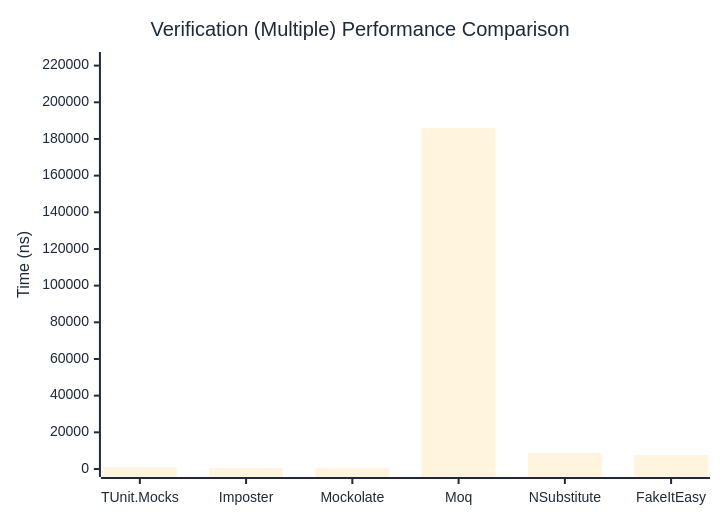
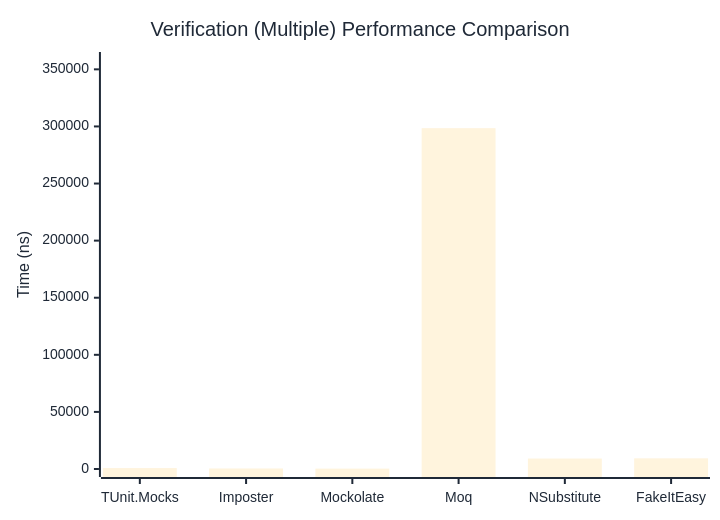
One commit to thomhurst/TUnit changed the third of 3 diagrams in docs/docs/benchmarks/mocks/Verification.md. Above: the diagram before and after it, drawn with Mermaid. The commit also changed other lines of this file and 14 other files, not shown here.

````diff
--- a/docs/docs/benchmarks/mocks/Verification.md
+++ b/docs/docs/benchmarks/mocks/Verification.md
@@ -112,27 +112,27 @@
 ```mermaid
 %%{init: {
   'theme':'base',
   'themeVariables': {
     'primaryColor': '#2563eb',
     'primaryTextColor': '#1f2937',
     'primaryBorderColor': '#1e40af',
     'lineColor': '#6b7280',
     'secondaryColor': '#7c3aed',
     'tertiaryColor': '#dc2626',
     'background': '#ffffff',
     'pie1': '#2563eb',
     'pie2': '#7c3aed',
     'pie3': '#dc2626',
     'pie4': '#f59e0b',
     'pie5': '#10b981',
     'pie6': '#06b6d4',
     'pie7': '#ec4899',
     'pie8': '#6366f1'
   }
 }}%%
 xychart-beta
   title "Verification (Multiple) Performance Comparison"
   x-axis ["TUnit.Mocks", "Imposter", "Mockolate", "Moq", "NSubstitute", "FakeItEasy"]
-  y-axis "Time (ns)" 0 --> 223061
-  bar [1082.73, 494.73, 709, 185883.74, 8776.33, 7643.17]
+  y-axis "Time (ns)" 0 --> 358186
+  bar [798.81, 465.93, 330.54, 298487.89, 9162.94, 9339.1]
 ```
````
